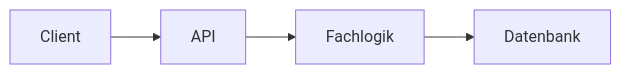
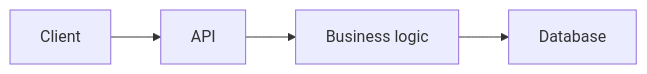
The diagram in exercises/01-aws-serverless-mindset/start/ARCHITEKTUR.md (MikeBild/introduction-aws), drawn with Mermaid before and after one commit. The commit also changed other lines of this file and 617 other files, not shown here.

````diff
--- a/exercises/01-aws-serverless-mindset/start/ARCHITEKTUR.md
+++ b/exercises/01-aws-serverless-mindset/start/ARCHITEKTUR.md
@@ -23,6 +25,6 @@
 ```mermaid
 flowchart LR
   client["Client"] --> api["API"]
-  api --> logic["Fachlogik"]
-  logic --> db["Datenbank"]
+  api --> logic["Business logic"]
+  logic --> db["Database"]
 ```
````
